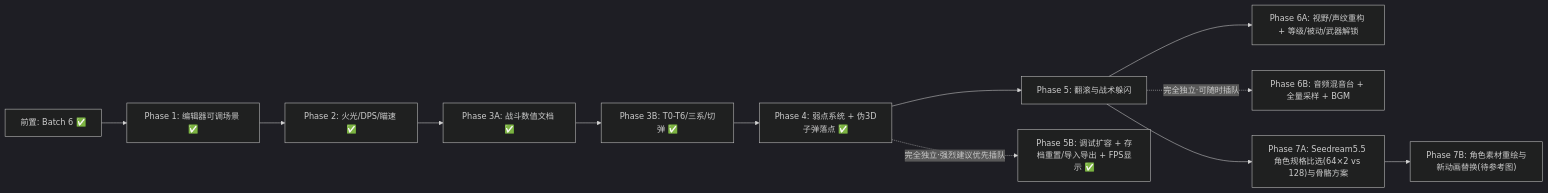
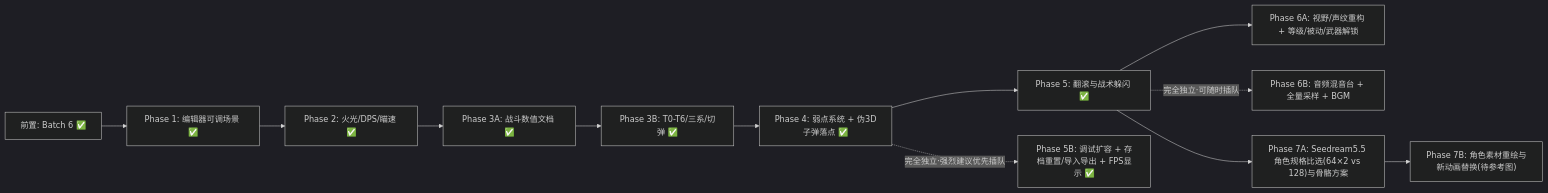
The diagram in docs/roadmap_v2.md (FiumeCAt/-Operation-Thistle), drawn with Mermaid (dark theme) before and after one commit. The commit also changed other lines of this file and 19 other files, not shown here.

````diff
--- a/docs/roadmap_v2.md
+++ b/docs/roadmap_v2.md
@@ -11,14 +11,14 @@
 ```mermaid
 flowchart LR
     B6["前置: Batch 6 ✅"] --> P1["Phase 1: 编辑器可调场景 ✅"]
     P1 --> P2["Phase 2: 火光/DPS/瞄速 ✅"]
     P2 --> P3A["Phase 3A: 战斗数值文档 ✅"]
     P3A --> P3B["Phase 3B: T0-T6/三系/切弹 ✅"]
     P3B --> P4["Phase 4: 弱点系统 + 伪3D子弹落点 ✅"]
-    P4 --> P5["Phase 5: 翻滚与战术躲闪"]
+    P4 --> P5["Phase 5: 翻滚与战术躲闪 ✅"]
     P5 --> P6A["Phase 6A: 视野/声纹重构 + 等级/被动/武器解锁"]
     P4 -.->|"完全独立·强烈建议优先插队"| P5B["Phase 5B: 调试扩容 + 存档重置/导入导出 + FPS显示 ✅"]
     P5 -.->|"完全独立·可随时插队"| P6B["Phase 6B: 音频混音台 + 全量采样 + BGM"]
     P5 --> P7A["Phase 7A: Seedream5.5 角色规格比选(64×2 vs 128)与骨骼方案"]
     P7A --> P7B["Phase 7B: 角色素材重绘与新动画替换(待参考图)"]
 ```
````
